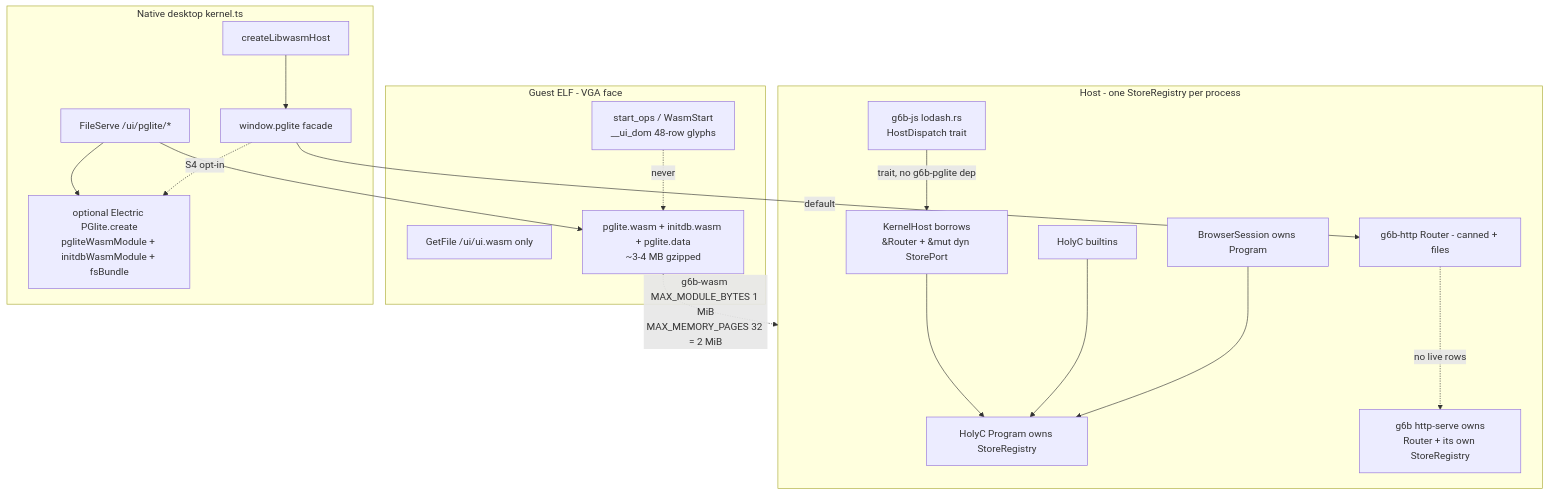
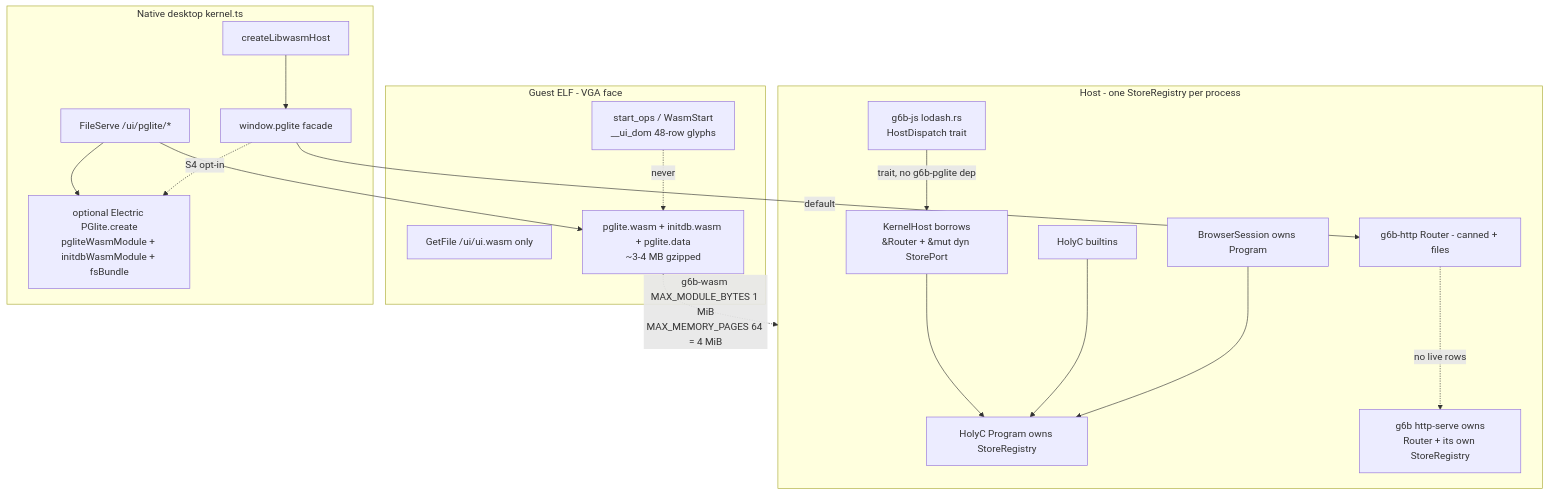
One commit to etcimon/GSys-LibreCore changed the first of 3 diagrams in g6lc_bios/architecture/g6b-pglite.md. Above: the diagram before and after it, drawn with Mermaid. The commit also changed other lines of this file and 103 other files, not shown here.

````diff
--- a/g6lc_bios/architecture/g6b-pglite.md
+++ b/g6lc_bios/architecture/g6b-pglite.md
@@ -88,38 +88,38 @@
 ```mermaid
 flowchart TB
   subgraph guest [Guest ELF - VGA face]
     SO["start_ops / WasmStart<br/>__ui_dom 48-row glyphs"]
     GF["GetFile /ui/ui.wasm only"]
     SO -.->|"never"| PGW
   end
 
   subgraph host [Host - one StoreRegistry per process]
     PR["HolyC Program owns StoreRegistry"]
     BS[BrowserSession owns Program]
     HC[HolyC builtins]
     RT[g6b-http Router - canned + files]
     KH["KernelHost borrows<br/>&Router + &mut dyn StorePort"]
     LD["g6b-js lodash.rs<br/>HostDispatch trait"]
     CLI["g6b http-serve owns<br/>Router + its own StoreRegistry"]
     BS --> PR
     HC --> PR
     KH --> PR
     LD -->|"trait, no g6b-pglite dep"| KH
     RT -.->|"no live rows"| CLI
   end
 
   subgraph native [Native desktop kernel.ts]
     KT[createLibwasmHost]
     FAC["window.pglite facade"]
     FS["FileServe /ui/pglite/*"]
     EL["optional Electric PGlite.create<br/>pgliteWasmModule + initdbWasmModule + fsBundle"]
     KT --> FAC
     FAC -->|"default"| RT
     FAC -.->|"S4 opt-in"| EL
     FS --> EL
   end
 
   PGW["pglite.wasm + initdb.wasm + pglite.data<br/>~3-4 MB gzipped"]
   FS --> PGW
-  PGW -.->|"g6b-wasm MAX_MODULE_BYTES 1 MiB<br/>MAX_MEMORY_PAGES 32 = 2 MiB"| host
+  PGW -.->|"g6b-wasm MAX_MODULE_BYTES 1 MiB<br/>MAX_MEMORY_PAGES 64 = 4 MiB"| host
 ```
````
